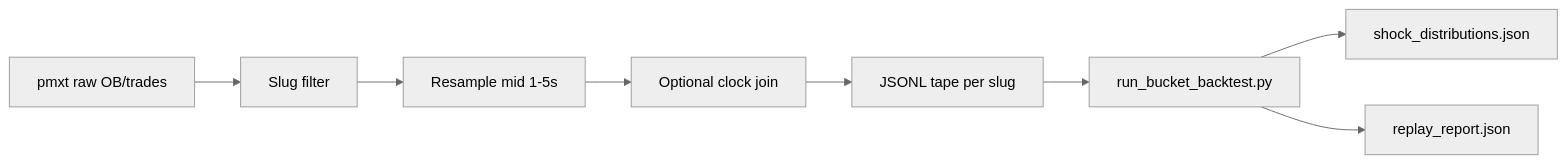
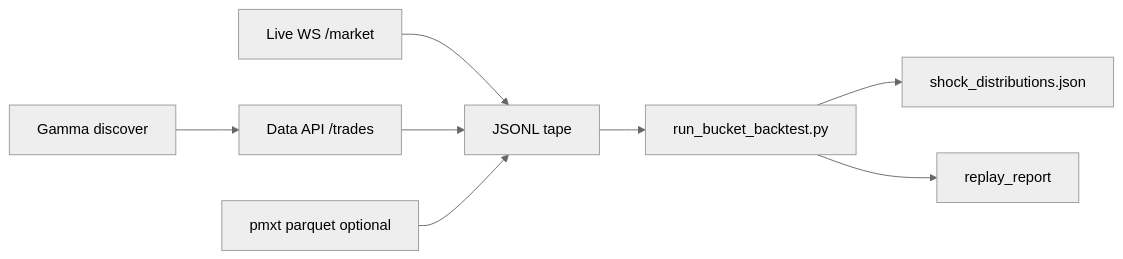
The diagram in wiki/osint/projects/world-cup-bot/Architecture/Architecture - match_shock_pmxt_backtest.md (cemini23/llm-wiki-by-cemini), drawn with Mermaid (neutral theme) before and after one commit. The commit also changed other lines of this file and 3 other files, not shown here.

First line of the commit message:
Document match-shock dual-path data CLI and Dome API EOL in wiki.

````diff
--- a/wiki/osint/projects/world-cup-bot/Architecture/Architecture - match_shock_pmxt_backtest.md
+++ b/wiki/osint/projects/world-cup-bot/Architecture/Architecture - match_shock_pmxt_backtest.md
@@ -63,10 +86,10 @@
 ```mermaid
 flowchart LR
-  A[pmxt raw OB/trades] --> B[Slug filter]
-  B --> C[Resample mid 1-5s]
-  C --> D[Optional clock join]
-  D --> E[JSONL tape per slug]
-  E --> F[run_bucket_backtest.py]
+  A[Gamma discover] --> B[Data API /trades]
+  C[Live WS /market] --> D[JSONL tape]
+  B --> D
+  E[pmxt parquet optional] --> D
+  D --> F[run_bucket_backtest.py]
   F --> G[shock_distributions.json]
-  F --> H[replay_report.json]
+  F --> H[replay_report]
 ```
````
